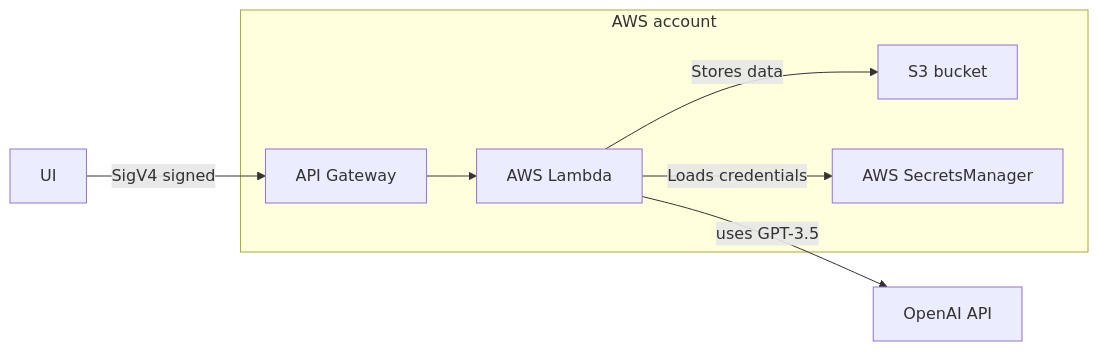
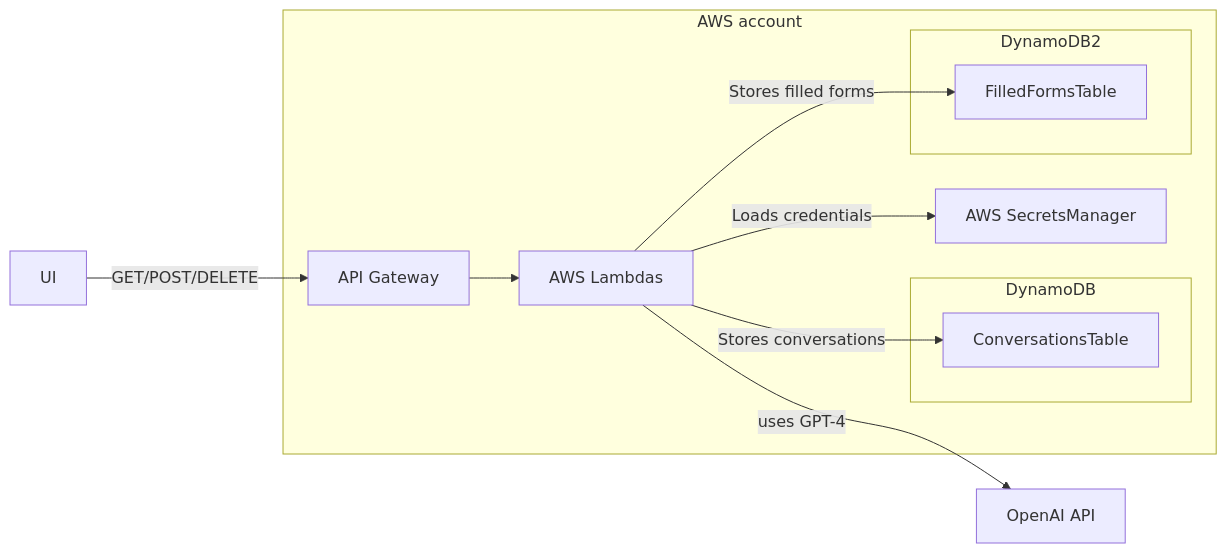
One commit to anya-mb/insurance_fills_service changed the diagram in README.md. Above: the diagram before and after it, drawn with Mermaid. The commit also changed other lines of this file, not shown here.

Commit message:
updated readme (#8)

````diff
--- a/README.md
+++ b/README.md
@@ -11,11 +11,20 @@
 ```mermaid
 graph LR
-  UI -- SigV4 signed --> APIG[API Gateway]
+  UI -- GET/POST/DELETE --> APIG[API Gateway]
   subgraph aws[AWS account]
-    APIG --> Lambda[AWS Lambda]
-    Lambda -- Stores data --> S3[S3 bucket]
+    APIG --> Lambda[AWS Lambdas]
+    Lambda -- Stores conversations --> DDB[ConversationsTable]
+    Lambda -- Stores filled forms --> DDB2[FilledFormsTable]
+    subgraph DynamoDB
+        DDB
+
+    end
+    subgraph DynamoDB2
+
+        DDB2
+    end
     Lambda -- Loads credentials --> SecretsM[AWS SecretsManager]
 
   end
-Lambda -- uses GPT-3.5 --> OpenAI[OpenAI API]
+  Lambda -- uses GPT-4 --> OpenAI[OpenAI API]
 ```
````
